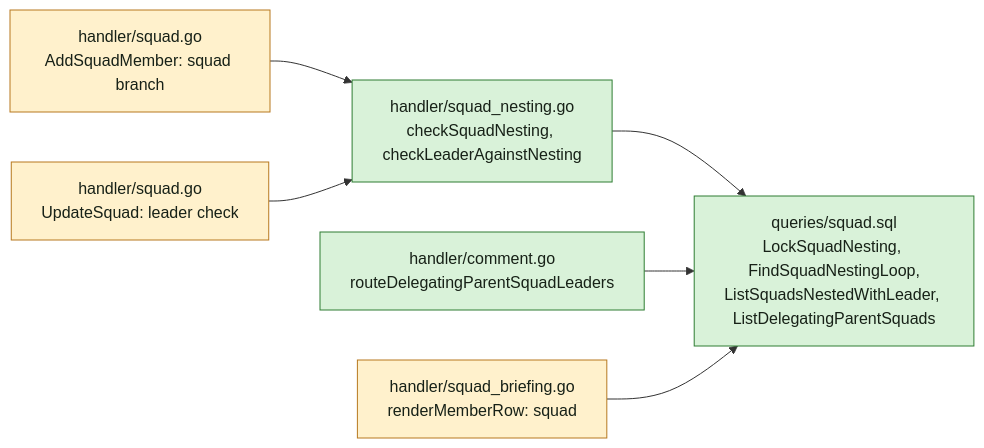
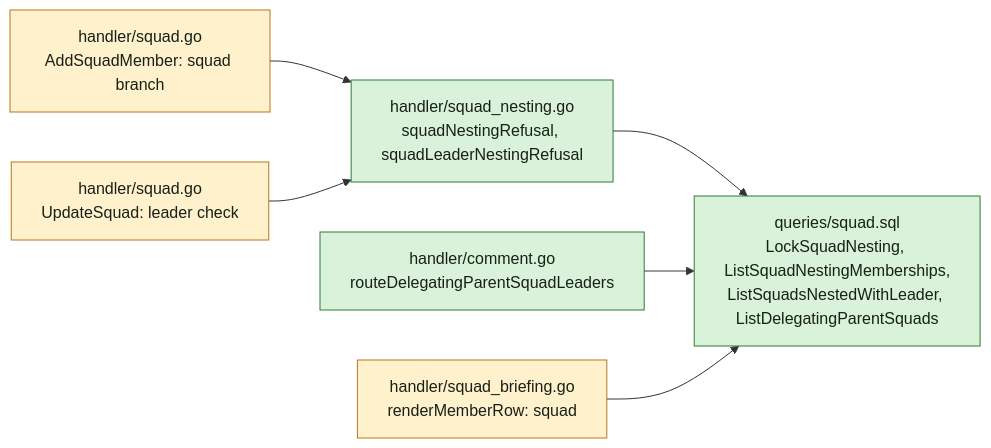
Before and after one commit to appboypov/multica: the second of 4 diagrams in specs/openspec/changes/sub-squads/design.md, drawn with Mermaid. The commit also changed other lines of this file and 21 other files, not shown here.

First line of the commit message:
feat(squads): let a squad hold squads as members (WORK-1042)

````diff
--- a/specs/openspec/changes/sub-squads/design.md
+++ b/specs/openspec/changes/sub-squads/design.md
@@ -25,16 +25,16 @@
 ```mermaid
 flowchart LR
   classDef new fill:#d9f2d9,stroke:#2e7d32,color:#172117
   classDef changed fill:#fff1cc,stroke:#b7791f,color:#172117
   add["handler/squad.go<br/>AddSquadMember: squad branch"]:::changed
   upd["handler/squad.go<br/>UpdateSquad: leader check"]:::changed
-  nest["handler/squad_nesting.go<br/>checkSquadNesting, checkLeaderAgainstNesting"]:::new
+  nest["handler/squad_nesting.go<br/>squadNestingRefusal, squadLeaderNestingRefusal"]:::new
   roster["handler/squad_briefing.go<br/>renderMemberRow: squad"]:::changed
   route["handler/comment.go<br/>routeDelegatingParentSquadLeaders"]:::new
-  q["queries/squad.sql<br/>LockSquadNesting, FindSquadNestingLoop,<br/>ListSquadsNestedWithLeader, ListDelegatingParentSquads"]:::new
+  q["queries/squad.sql<br/>LockSquadNesting, ListSquadNestingMemberships,<br/>ListSquadsNestedWithLeader, ListDelegatingParentSquads"]:::new
   add --> nest
   upd --> nest
   nest --> q
   route --> q
   roster --> q
 ```
````
